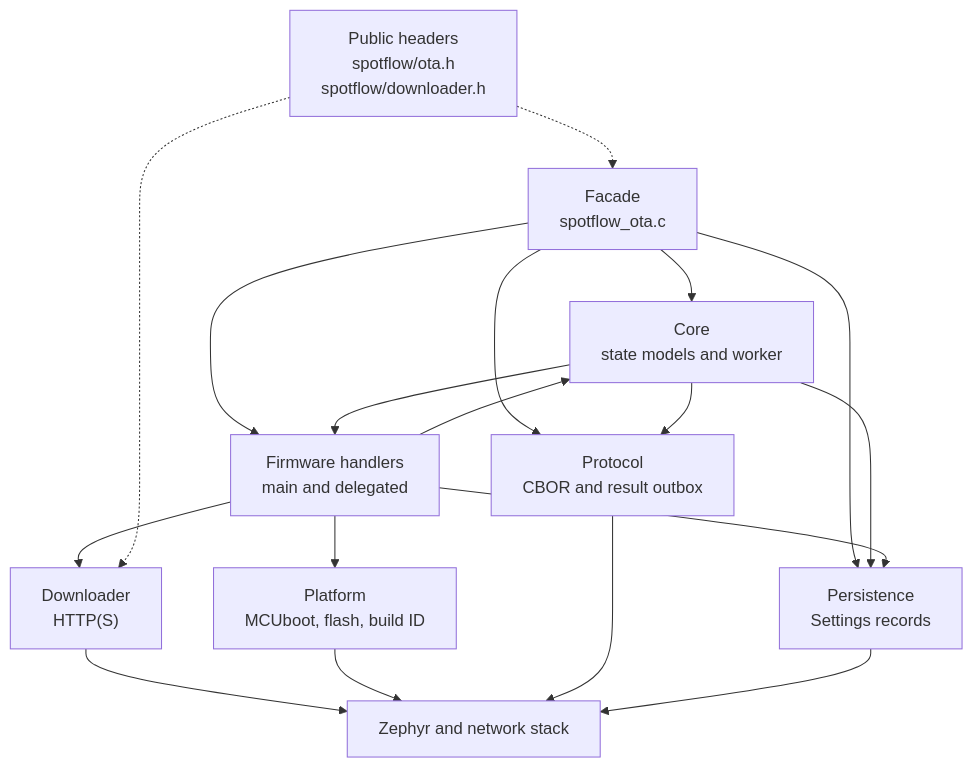
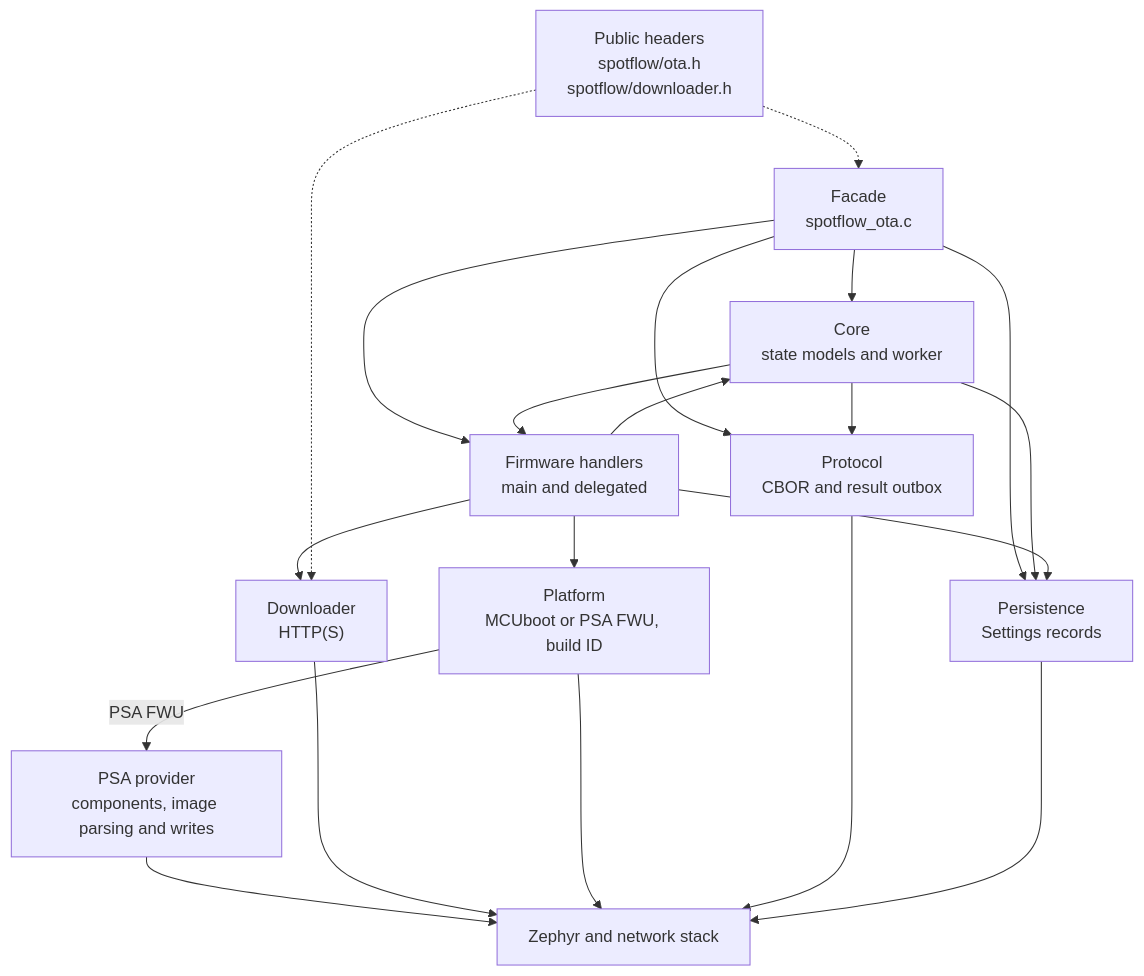
The seventh of 11 diagrams in zephyr/docs/ota.md (spotflow-io/device-sdk), drawn with Mermaid before and after one commit. The commit also changed other lines of this file and 68 other files, not shown here.

Commit message:
Add support for TI's implementation of PSA FWU to OTA updates (#107)

````diff
--- a/zephyr/docs/ota.md
+++ b/zephyr/docs/ota.md
@@ -397,30 +405,32 @@
 ```mermaid
 flowchart TD
     facade["Facade<br/>spotflow_ota.c"]
     core["Core<br/>state models and worker"]
     protocol["Protocol<br/>CBOR and result outbox"]
     persistence["Persistence<br/>Settings records"]
     firmware["Firmware handlers<br/>main and delegated"]
     downloader["Downloader<br/>HTTP(S)"]
-    platform["Platform<br/>MCUboot, flash, build ID"]
+    platform["Platform<br/>MCUboot or PSA FWU, build ID"]
     public["Public headers<br/>spotflow/ota.h<br/>spotflow/downloader.h"]
     zephyr["Zephyr and network stack"]
 
     facade --> core
     facade --> protocol
     facade --> persistence
     facade --> firmware
     core --> protocol
     core --> persistence
     core --> firmware
     firmware --> downloader
     firmware --> platform
+    platform -->|PSA FWU| psa["PSA provider<br/>components, image parsing and writes"]
+    psa --> zephyr
     firmware --> persistence
     firmware --> core
     downloader --> zephyr
     platform --> zephyr
     protocol --> zephyr
     persistence --> zephyr
     public -.-> facade
     public -.-> downloader
 ```
````
